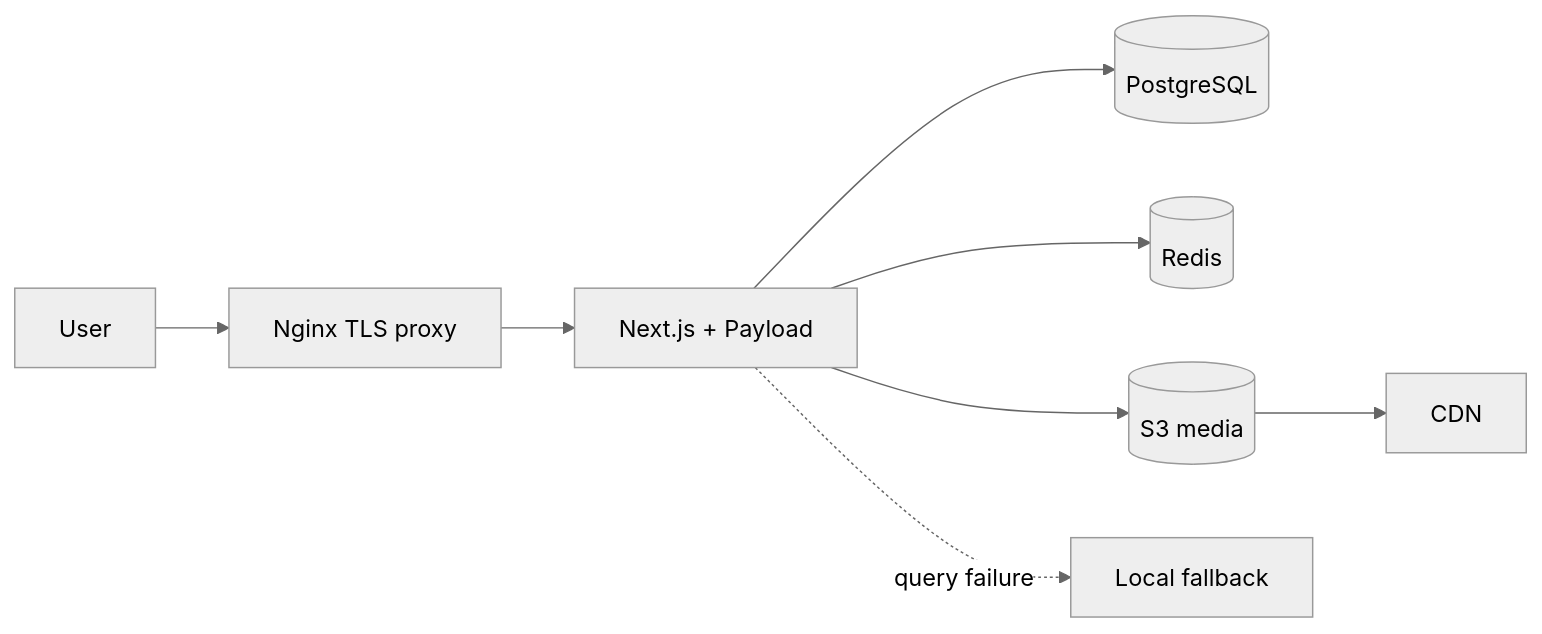
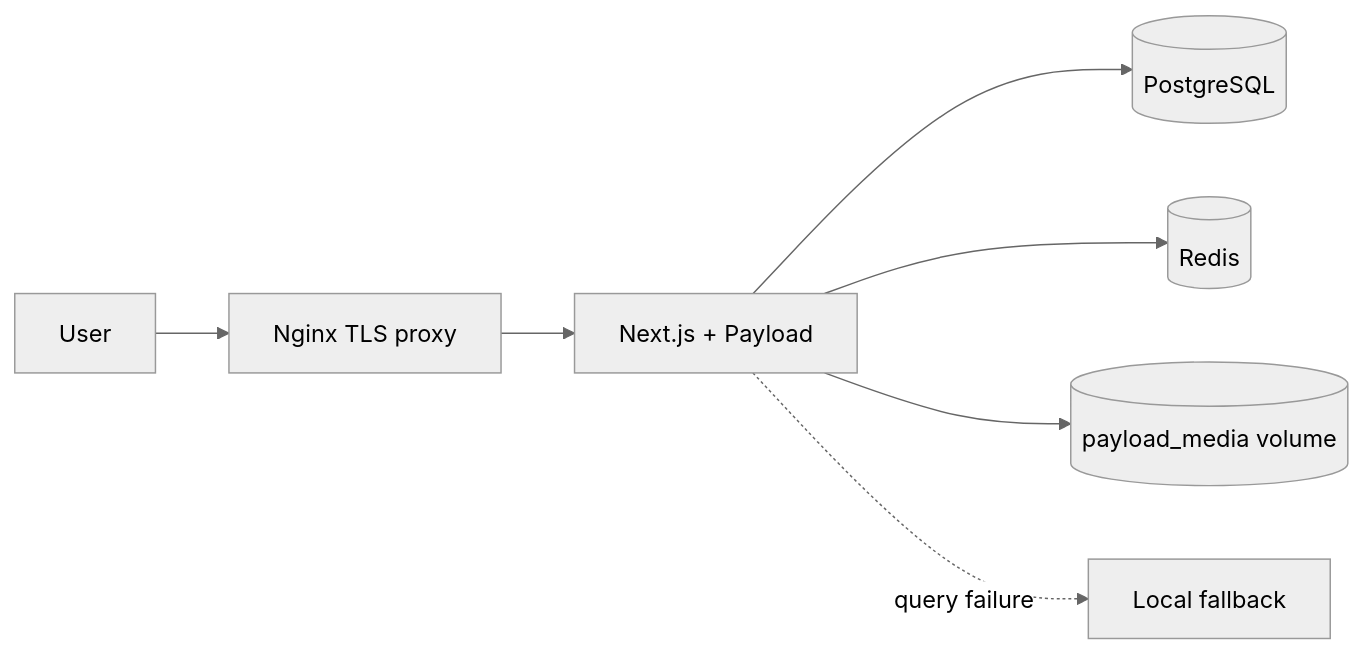
One commit to paviliondd/lu-new changed the diagram in README.md. Above: the diagram before and after it, drawn with Mermaid (neutral theme). The commit also changed other lines of this file and 23 other files, not shown here.

````diff
--- a/README.md
+++ b/README.md
@@ -9,10 +9,9 @@
 ```mermaid
 flowchart LR
   User --> Nginx[Nginx TLS proxy]
   Nginx --> App[Next.js + Payload]
   App --> Postgres[(PostgreSQL)]
   App --> Redis[(Redis)]
-  App --> S3[(S3 media)]
-  S3 --> CDN[CDN]
+  App --> Media[(payload_media volume)]
   App -. query failure .-> Local[Local fallback]
 ```
````
